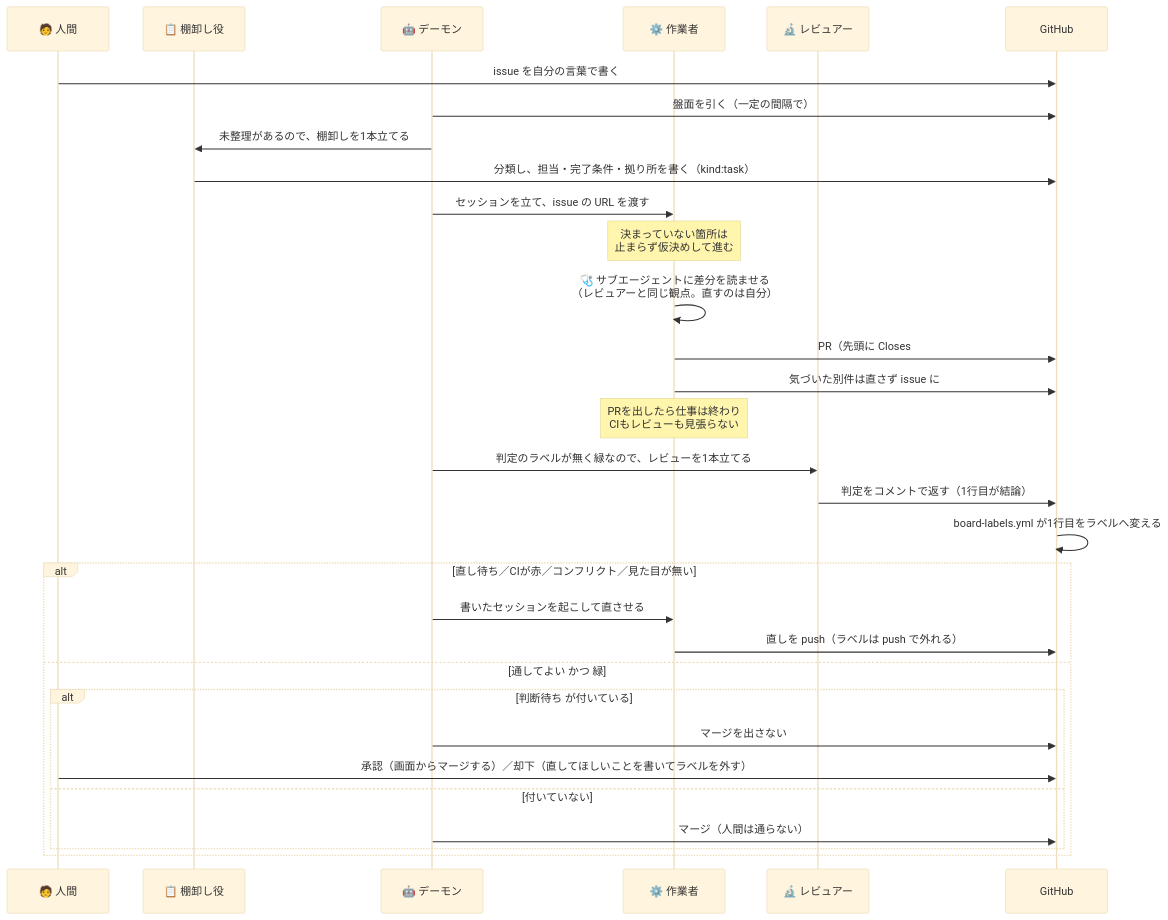
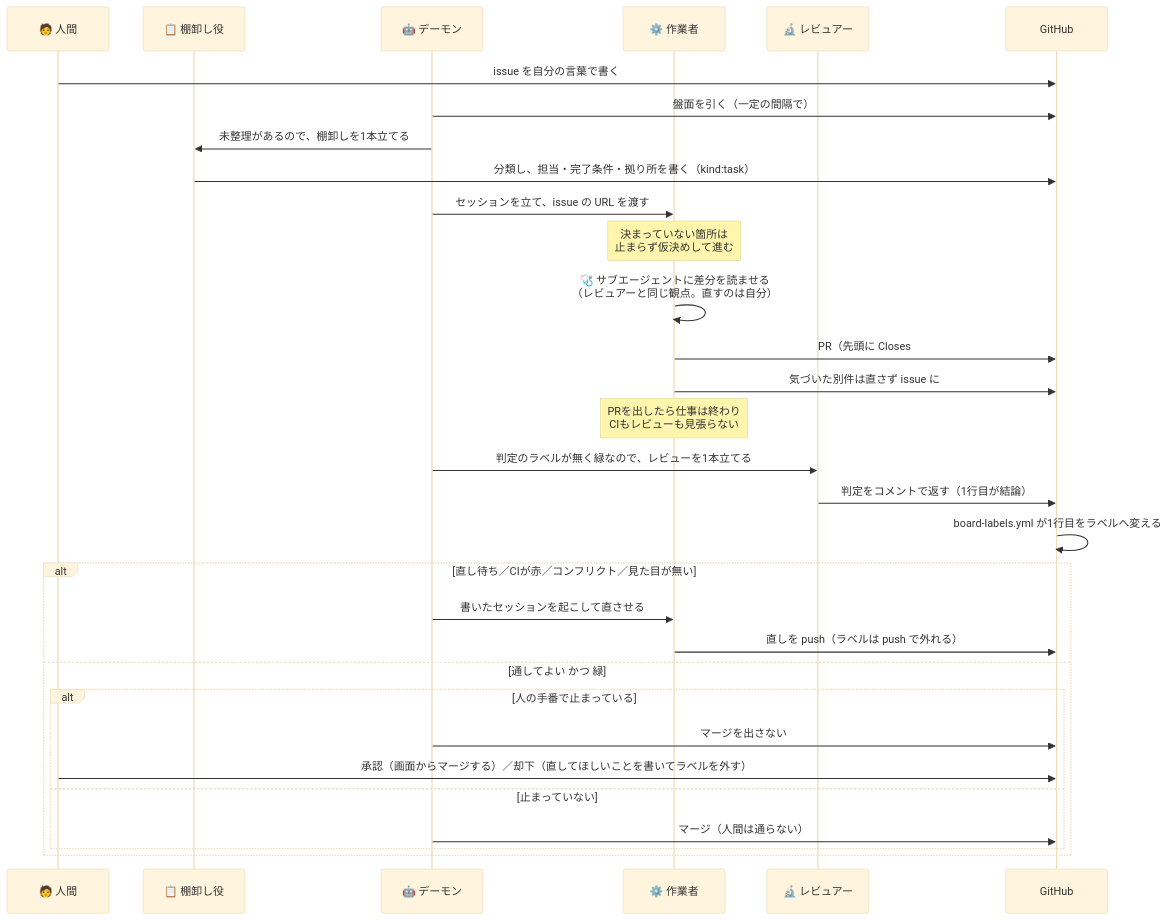
One commit to gooyyu1/UnmappedIsland changed the third of 5 diagrams in docs/ParallelAgents.md. Above: the diagram before and after it, drawn with Mermaid (base theme). The commit also changed other lines of this file and 4 other files, not shown here.

````diff
--- a/docs/ParallelAgents.md
+++ b/docs/ParallelAgents.md
@@ -228,35 +228,35 @@
 ```mermaid
 sequenceDiagram
     participant H as 🧑 人間
     participant T as 📋 棚卸し役
     participant D as 🤖 デーモン
     participant W as ⚙️ 作業者
     participant R as 🔬 レビュアー
     participant G as GitHub
 
     H->>G: issue を自分の言葉で書く
     D->>G: 盤面を引く（一定の間隔で）
     D->>T: 未整理があるので、棚卸しを1本立てる
     T->>G: 分類し、担当・完了条件・拠り所を書く（kind:task）
     D->>W: セッションを立て、issue の URL を渡す
     Note over W: 決まっていない箇所は<br/>止まらず仮決めして進む
     W->>W: 🩺 サブエージェントに差分を読ませる<br/>（レビュアーと同じ観点。直すのは自分）
     W->>G: PR（先頭に Closes #N と ## 仮決め）
     W->>G: 気づいた別件は直さず issue に
     Note over W: PRを出したら仕事は終わり<br/>CIもレビューも見張らない
     D->>R: 判定のラベルが無く緑なので、レビューを1本立てる
     R->>G: 判定をコメントで返す（1行目が結論）
     G->>G: board-labels.yml が1行目をラベルへ変える
 
     alt 直し待ち／CIが赤／コンフリクト／見た目が無い
         D->>W: 書いたセッションを起こして直させる
         W->>G: 直しを push（ラベルは push で外れる）
     else 通してよい かつ 緑
-        alt 判断待ち が付いている
+        alt 人の手番で止まっている
             D->>G: マージを出さない
             H->>G: 承認（画面からマージする）／却下（直してほしいことを書いてラベルを外す）
-        else 付いていない
+        else 止まっていない
             D->>G: マージ（人間は通らない）
         end
     end
 ```
````
